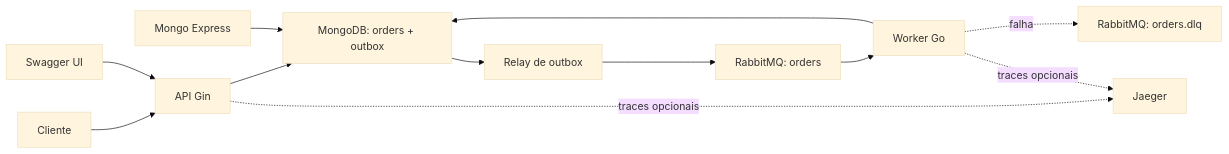
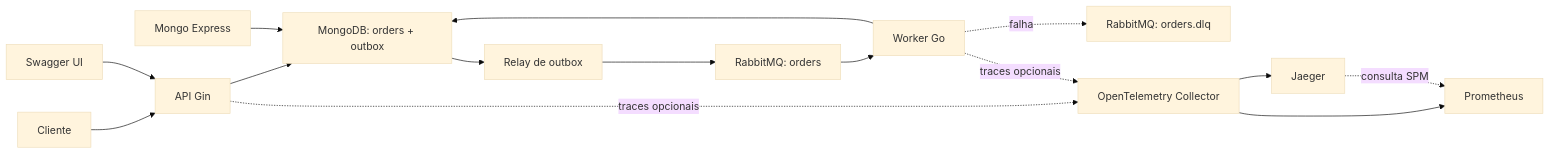
The diagram in ARCHITECTURE.md (joaohgf/mjv-challenge), drawn with Mermaid (base theme) before and after one commit. The commit also changed other lines of this file and 46 other files, not shown here.

````diff
--- a/ARCHITECTURE.md
+++ b/ARCHITECTURE.md
@@ -10,14 +10,17 @@
 ```mermaid
 flowchart LR
     Client["Cliente"] --> API["API Gin"]
     API --> Mongo["MongoDB: orders + outbox"]
     Mongo --> Relay["Relay de outbox"]
     Relay --> Queue["RabbitMQ: orders"]
     Queue --> Worker["Worker Go"]
     Worker --> Mongo
     Worker -. falha .-> DLQ["RabbitMQ: orders.dlq"]
-    API -. traces opcionais .-> Jaeger["Jaeger"]
-    Worker -. traces opcionais .-> Jaeger
+    API -. traces opcionais .-> Collector["OpenTelemetry Collector"]
+    Worker -. traces opcionais .-> Collector
+    Collector --> Jaeger["Jaeger"]
+    Collector --> Prometheus["Prometheus"]
+    Jaeger -. consulta SPM .-> Prometheus
     Swagger["Swagger UI"] --> API
     MongoExpress["Mongo Express"] --> Mongo
 ```
````
